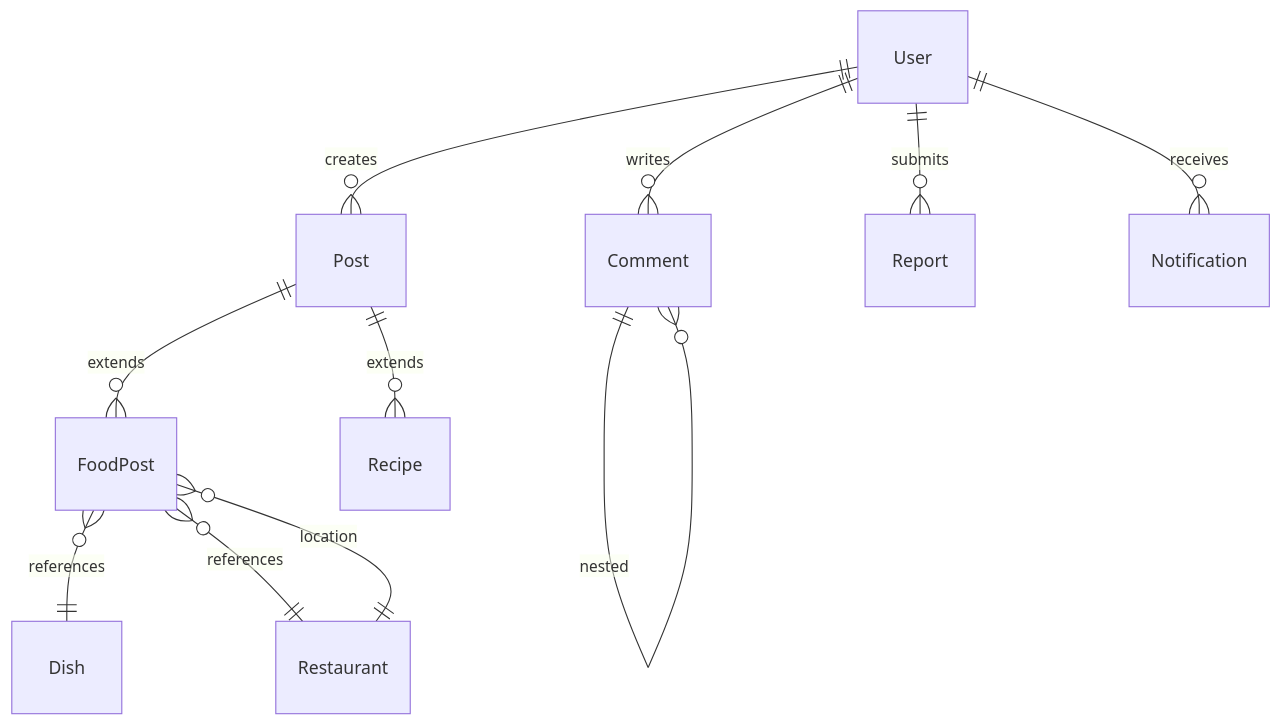
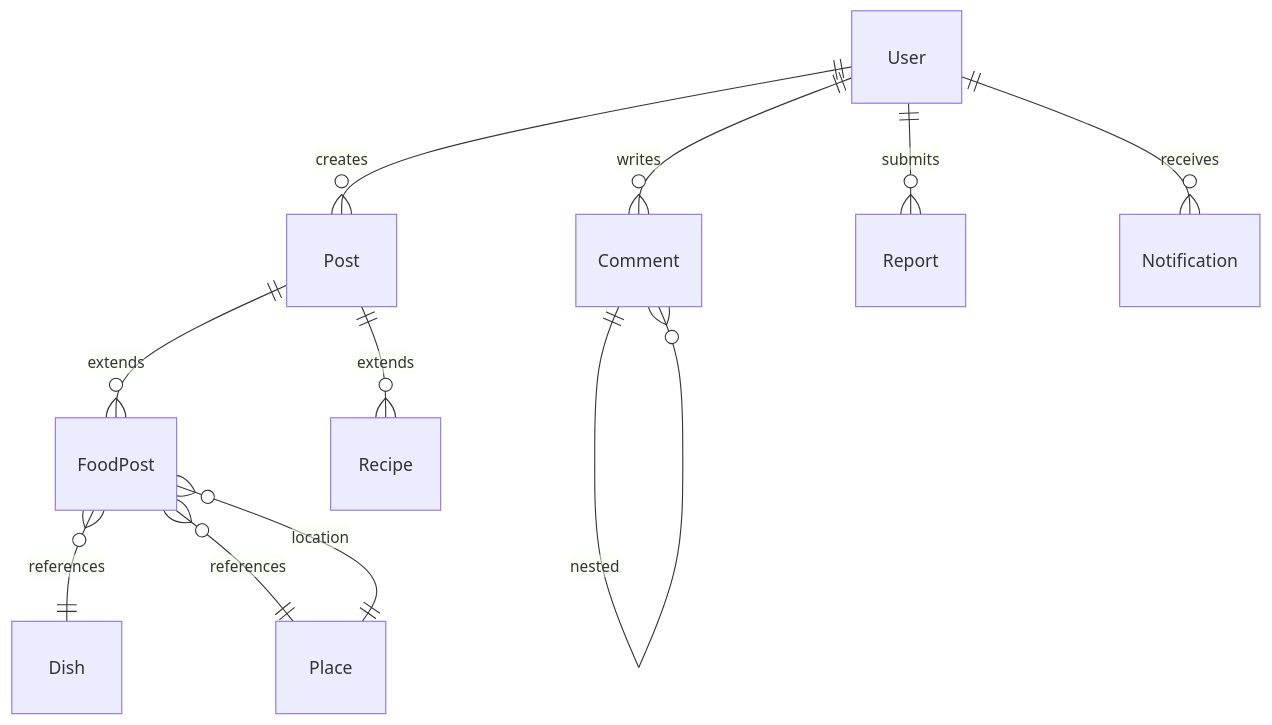
Before and after one commit to NCHzzz/FoodSocial: the diagram in docs/project-discovery/07_domain_model.md, drawn with Mermaid. The commit also changed other lines of this file and 13 other files, not shown here.

````diff
--- a/docs/project-discovery/07_domain_model.md
+++ b/docs/project-discovery/07_domain_model.md
@@ -196,13 +196,13 @@
 ```mermaid
 erDiagram
     User ||--o{ Post : creates
     User ||--o{ Comment : writes
     User ||--o{ Report : submits
     User ||--o{ Notification : receives
     Post ||--o{ FoodPost : extends
     Post ||--o{ Recipe : extends
     FoodPost }o--|| Dish : references
-    FoodPost }o--|| Restaurant : references
+    FoodPost }o--|| Place : references
     Comment ||--o{ Comment : nested
-    Restaurant ||--o{ FoodPost : location
+    Place ||--o{ FoodPost : location
 ```
````
